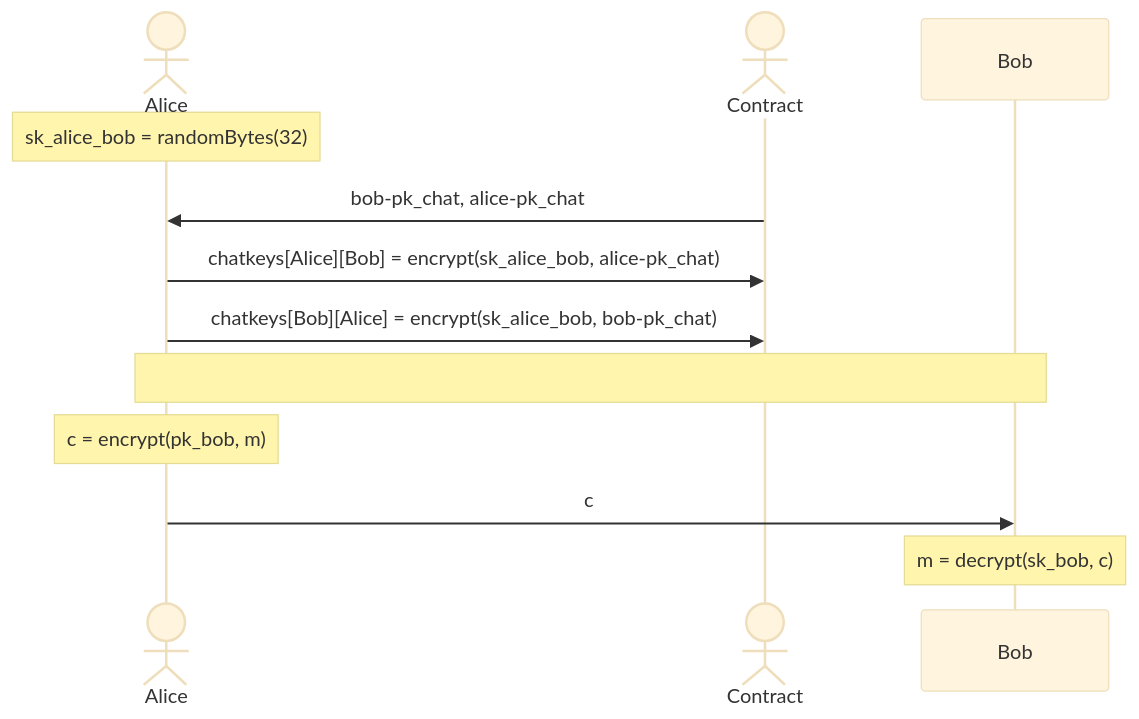
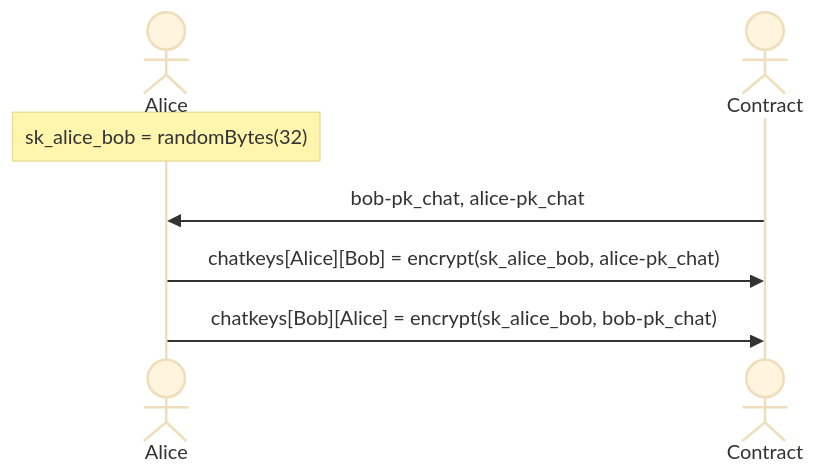
The second of 3 diagrams in README.md (erhant/blockchatting), drawn with Mermaid (base theme) before and after one commit. The commit also changed other lines of this file, not shown here.

````diff
--- a/README.md
+++ b/README.md
@@ -47,16 +49,10 @@
 ```mermaid
 sequenceDiagram
   actor Alice
   actor Contract
 
   Note over Alice: sk_alice_bob = randomBytes(32)
   Contract ->> Alice: bob-pk_chat, alice-pk_chat
   Alice ->> Contract: chatkeys[Alice][Bob] = encrypt(sk_alice_bob, alice-pk_chat)
   Alice ->> Contract: chatkeys[Bob][Alice] = encrypt(sk_alice_bob, bob-pk_chat)
-
-
-  Note over Alice, Bob:
-  Note over Alice: c = encrypt(pk_bob, m)
-  Alice ->> Bob: c
-  Note over Bob: m = decrypt(sk_bob, c)
 ```
````
